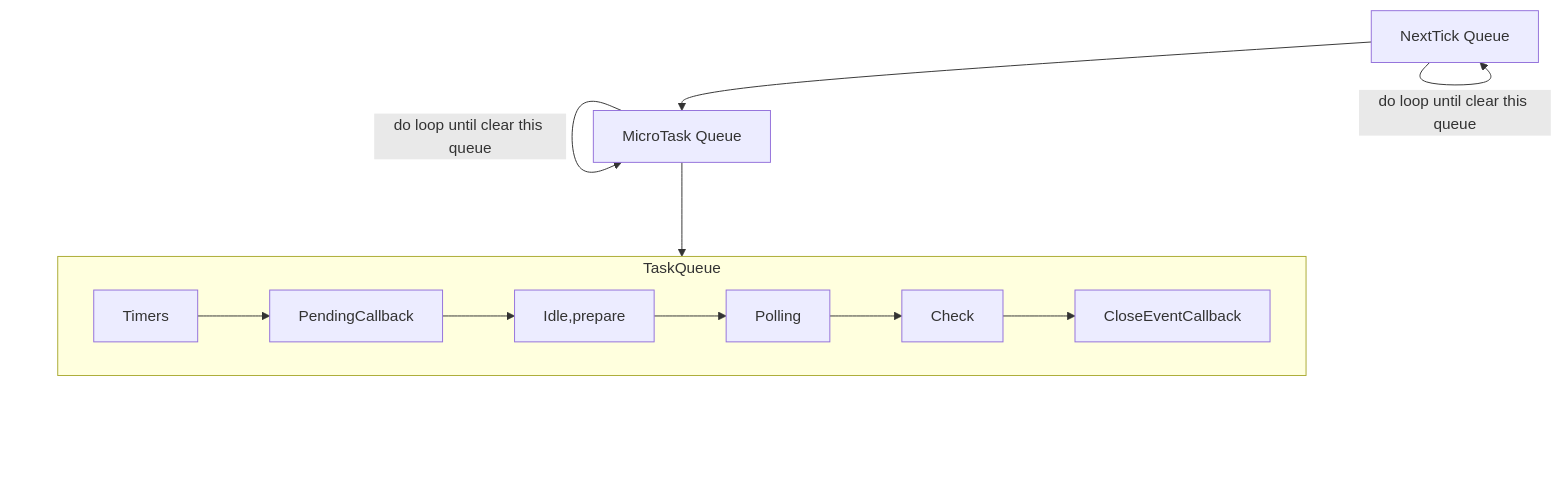
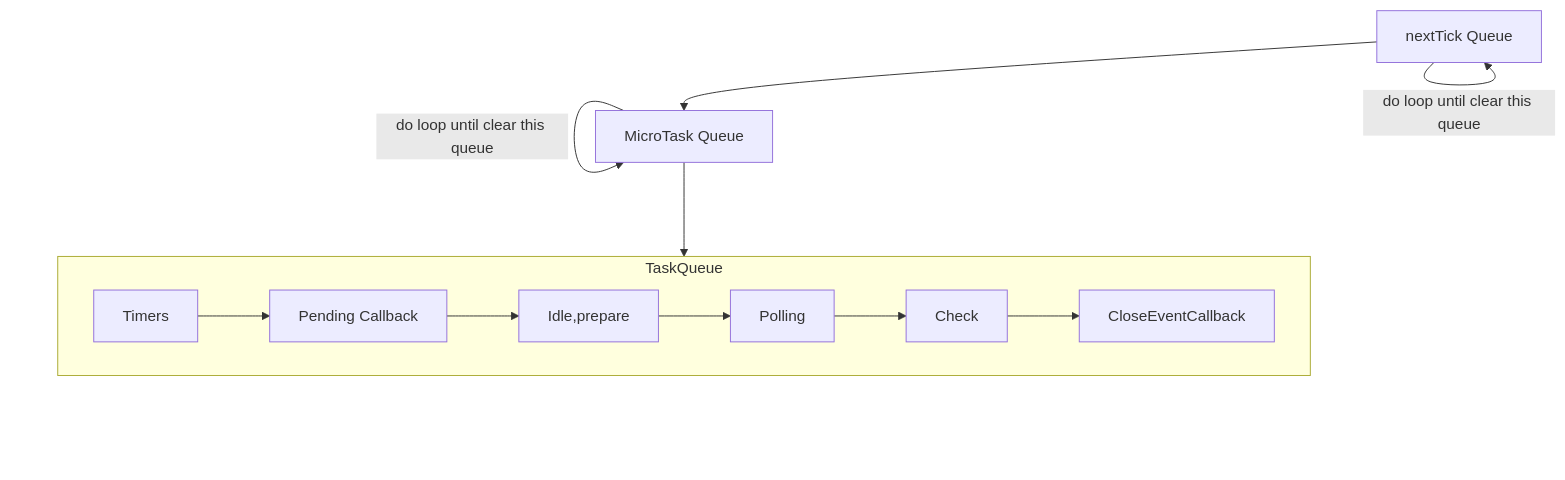
Before and after one commit to JohnnyChuamg/ExpressTemplate: the diagram in docs/eventLoop.md, drawn with Mermaid. The commit also changed 1 other file, not shown here.

````diff
--- a/docs/eventLoop.md
+++ b/docs/eventLoop.md
@@ -2,14 +2,14 @@
 ```mermaid
   graph TD;
-    NextTick[NextTick Queue]-->MicroTask[MicroTask Queue]
+    NextTick[nextTick Queue]-->MicroTask[MicroTask Queue]
 
     NextTick--do loop until clear this queue-->NextTick
 
     MicroTask--do loop until clear this queue-->MicroTask
     
       subgraph TaskQueue
-          Timers[Timers]-->PC[PendingCallback]-->Idle[Idle,prepare]
+          Timers[Timers]-->PC[Pending Callback]-->Idle[Idle,prepare]
           Idle-->Polling[Polling]-->Check[Check]-->CloseEventCallback[CloseEventCallback]
       end
     MicroTask-->TaskQueue
 ```
````
